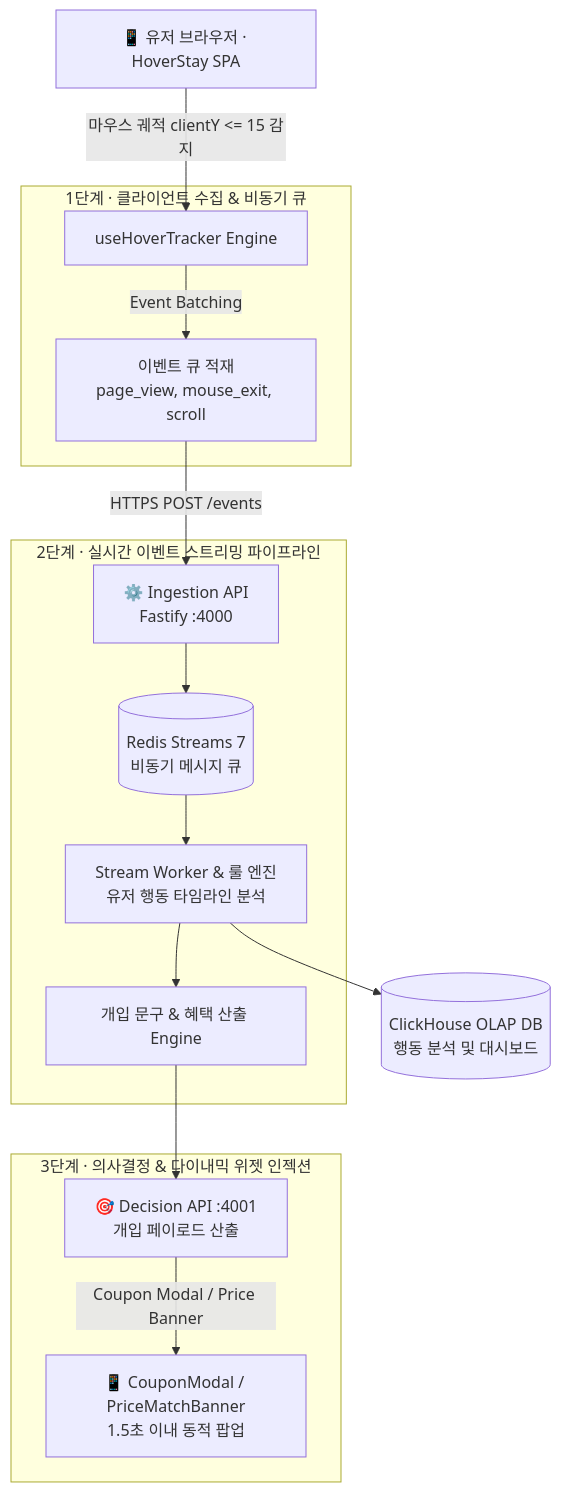
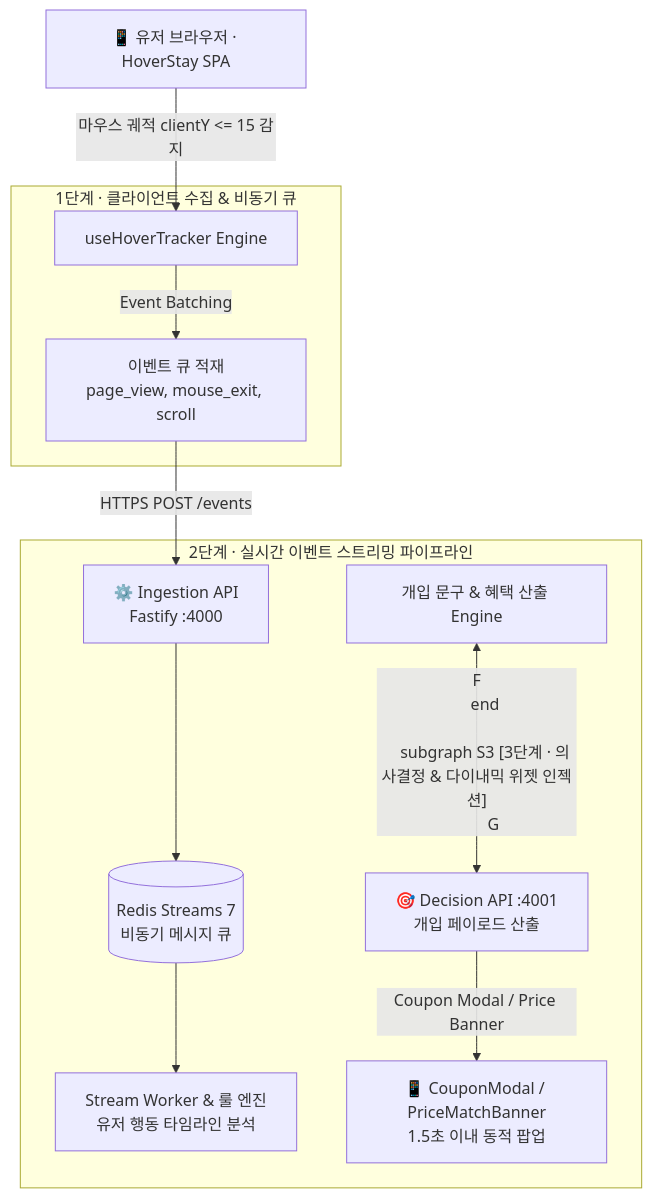
Before and after one commit to krtecek823/KNU_capston_FE: the diagram in README.md, drawn with Mermaid. The commit also changed other lines of this file, not shown here.

````diff
--- a/README.md
+++ b/README.md
@@ -69,23 +72,21 @@
 ```mermaid
 flowchart TD
     A[📱 유저 브라우저 · HoverStay SPA] -->|마우스 궤적 clientY <= 15 감지| B[useHoverTracker Engine]
 
     subgraph S1 [1단계 · 클라이언트 수집 & 비동기 큐]
         B -->|Event Batching| C[이벤트 큐 적재<br/>page_view, mouse_exit, scroll]
     end
 
     C -->|HTTPS POST /events| D[⚙️ Ingestion API<br/>Fastify :4000]
 
     subgraph S2 [2단계 · 실시간 이벤트 스트리밍 파이프라인]
         D --> E[(Redis Streams 7<br/>비동기 메시지 큐)]
         E --> F[Stream Worker & 룰 엔진<br/>유저 행동 타임라인 분석]
-        F --> G[개입 문구 & 혜택 산출 Engine]
+        G[개입 문구 & 혜택 산출 Engine] <-- F
     end
 
     subgraph S3 [3단계 · 의사결정 & 다이내믹 위젯 인젝션]
         G --> H[🎯 Decision API :4001<br/>개입 페이로드 산출]
         H -->|Coupon Modal / Price Banner| I[📱 CouponModal / PriceMatchBanner<br/>1.5초 이내 동적 팝업]
     end
-
-    F --> J[(ClickHouse OLAP DB<br/>행동 분석 및 대시보드)]
 ```
````
